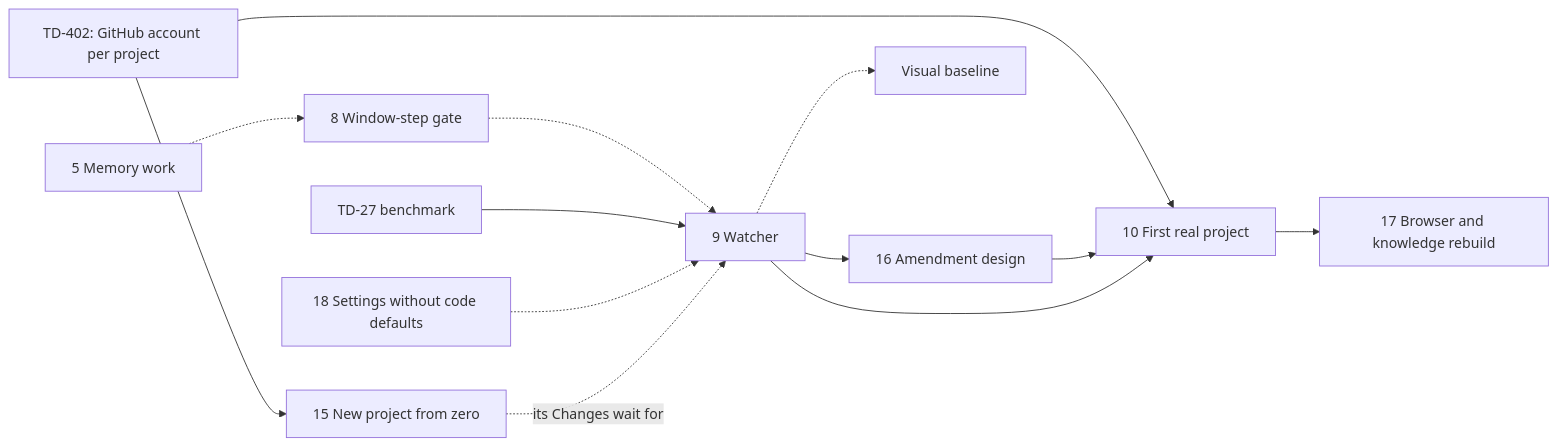
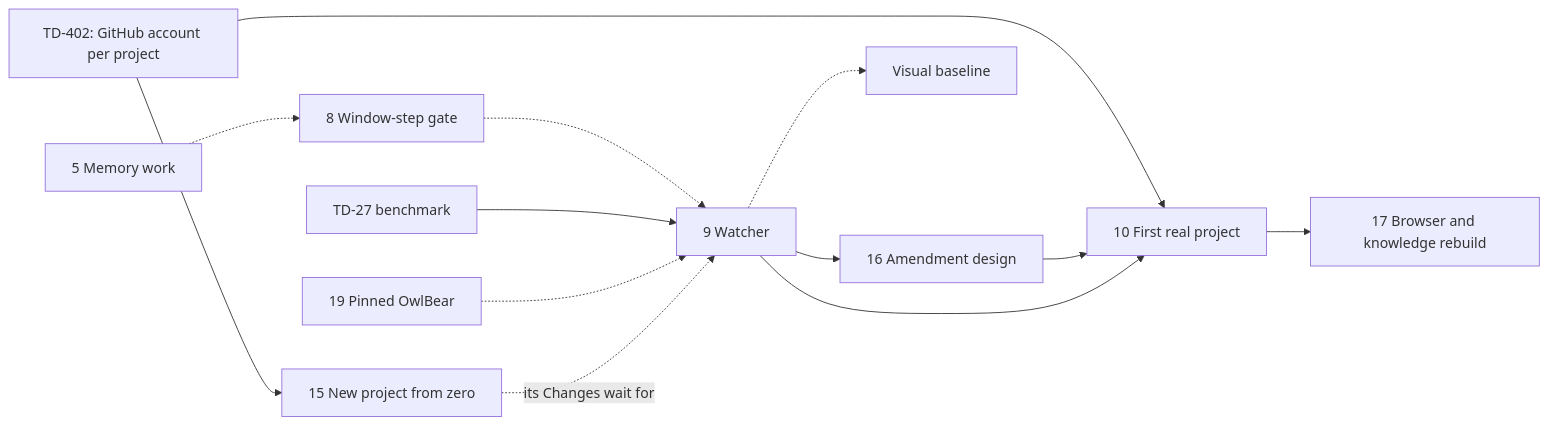
One commit to maba-pag/owlbear changed the diagram in .owlbear/research/owlbear-plan.md. Above: the diagram before and after it, drawn with Mermaid. The commit also changed other lines of this file and 18 other files, not shown here.

````diff
--- a/.owlbear/research/owlbear-plan.md
+++ b/.owlbear/research/owlbear-plan.md
@@ -110,15 +112,15 @@
 ```mermaid
 flowchart LR
   A402["TD-402: GitHub account per project"] --> I15["15 New project from zero"]
   A402 --> I10["10 First real project"]
   I5["5 Memory work"] -.-> I8["8 Window-step gate"]
   I8 -.-> I9["9 Watcher"]
   B27["TD-27 benchmark"] --> I9
-  I18["18 Settings without code defaults"] -.-> I9
+  I19["19 Pinned OwlBear"] -.-> I9
   I9 --> I16["16 Amendment design"]
   I16 --> I10
   I9 --> I10
   I15 -. its Changes wait for .-> I9
   I10 --> I17["17 Browser and knowledge rebuild"]
   I9 -.-> VB["Visual baseline"]
 ```
````
